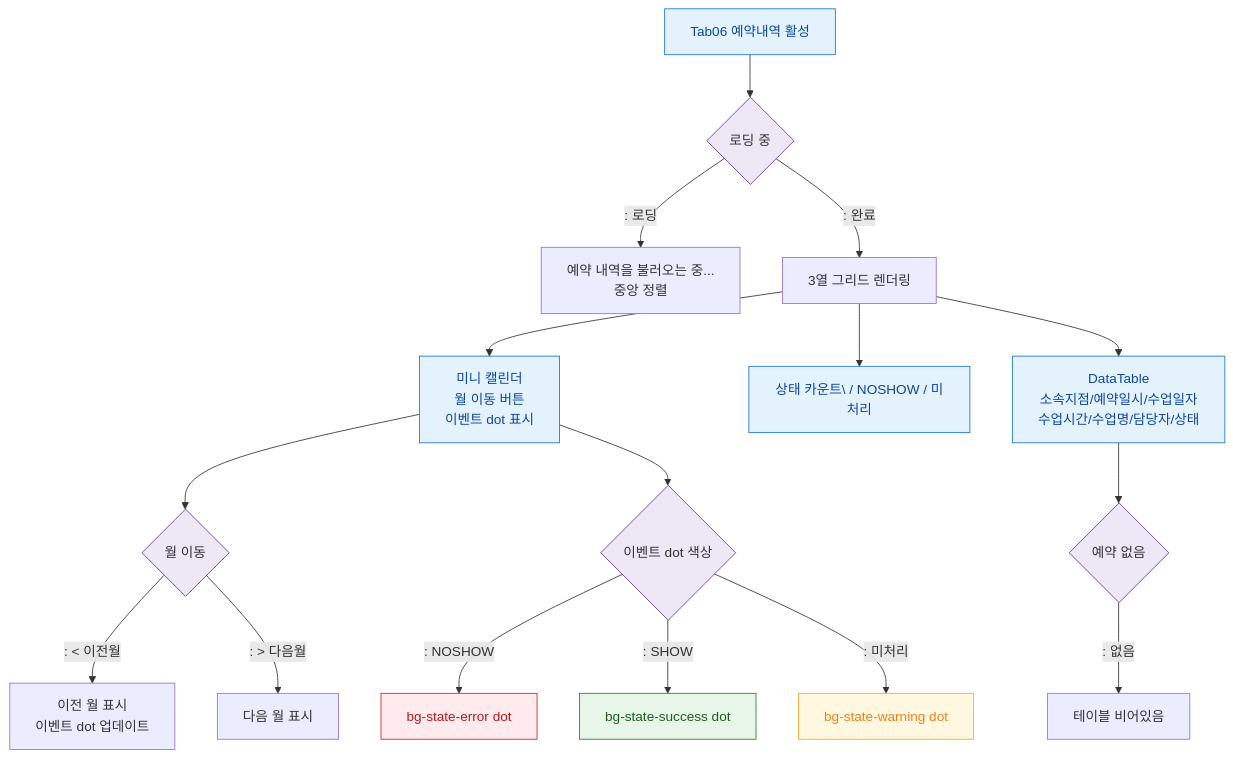
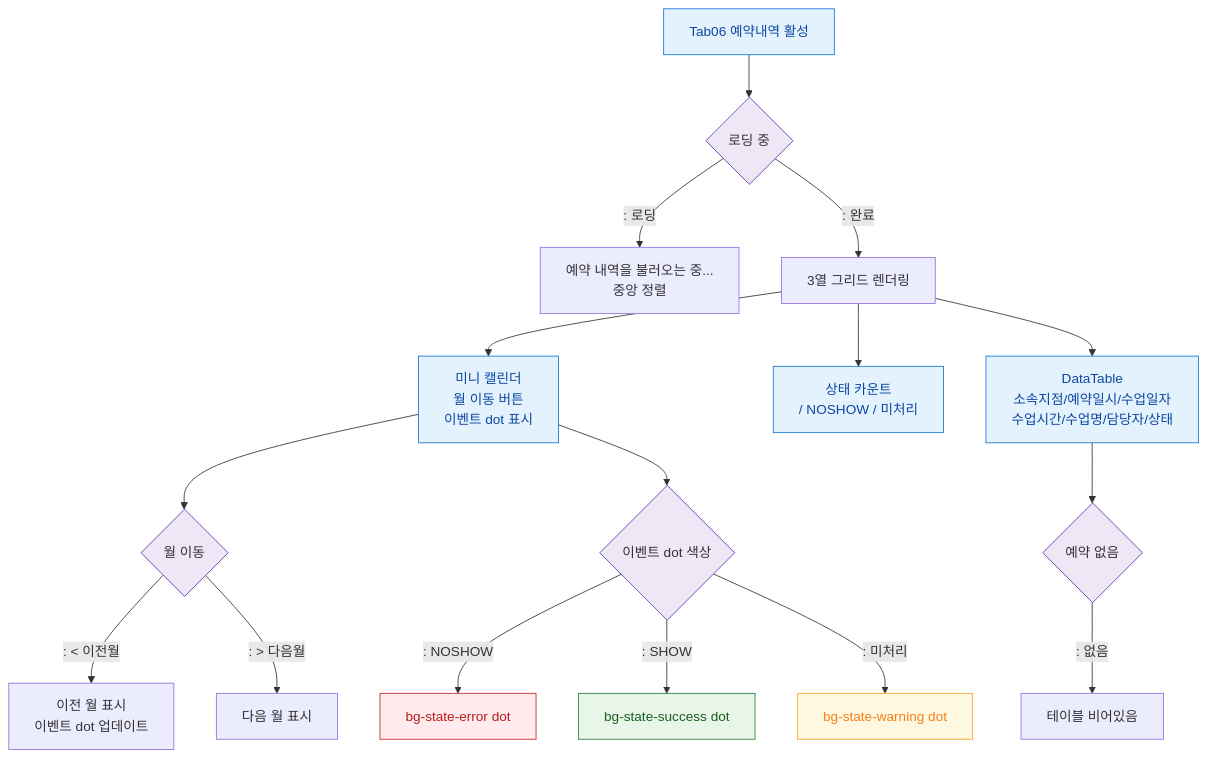
Before and after one commit to dev-spogym/admin-pando: the diagram in docs/admin/다이어그램/D02_회원관리/SCR-M004_회원상세/Tab06_예약내역/F2_메인.md, drawn with Mermaid. The commit also changed 369 other files, not shown here.

````diff
--- a/docs/admin/다이어그램/D02_회원관리/SCR-M004_회원상세/Tab06_예약내역/F2_메인.md
+++ b/docs/admin/다이어그램/D02_회원관리/SCR-M004_회원상세/Tab06_예약내역/F2_메인.md
@@ -20,33 +20,33 @@
 ```mermaid
 flowchart TD
   TAB[Tab06 예약내역 활성] --> LOADING{로딩 중}
   LOADING -->|": 로딩"|SPINNER[예약 내역을 불러오는 중...\n중앙 정렬]
   LOADING -->|": 완료"|LAYOUT[3열 그리드 렌더링]
 
   LAYOUT --> CAL[미니 캘린더\n월 이동 버튼\n이벤트 dot 표시]
-  LAYOUT --> CNT[상태 카운트\ / NOSHOW / 미처리]
+  LAYOUT --> CNT[상태 카운트<br/> / NOSHOW / 미처리]
   LAYOUT --> TABLE[DataTable\n소속지점/예약일시/수업일자\n수업시간/수업명/담당자/상태]
 
   CAL --> NAV{월 이동}
   NAV -->|": < 이전월"|PREV_MON[이전 월 표시\n이벤트 dot 업데이트]
   NAV -->|": > 다음월"|NEXT_MON[다음 월 표시]
 
   CAL --> DOT{이벤트 dot 색상}
   DOT -->|": NOSHOW"|DOT_RED[bg-state-error dot]
   DOT -->|": SHOW"|DOT_GREEN[bg-state-success dot]
   DOT -->|": 미처리"|DOT_YELLOW[bg-state-warning dot]
 
   TABLE --> EMPTY{예약 없음}
   EMPTY -->|": 없음"|EMPTY_MSG[테이블 비어있음]
 
   classDef screen fill:#E3F2FD,stroke:#1976D2,color:#0D47A1
   classDef system fill:#EDE7F6,stroke:#5E35B2
   classDef success fill:#E8F5E9,stroke:#2E7D32,color:#1B5E20
   classDef error fill:#FFEBEE,stroke:#C62828,color:#B71C1C
   classDef warning fill:#FFF8E1,stroke:#F9A825,color:#F57F17
   class TAB,CAL,CNT,TABLE screen
   class LOADING,NAV,DOT,EMPTY system
   class DOT_GREEN success
   class DOT_RED error
   class DOT_YELLOW warning
 ```
````
